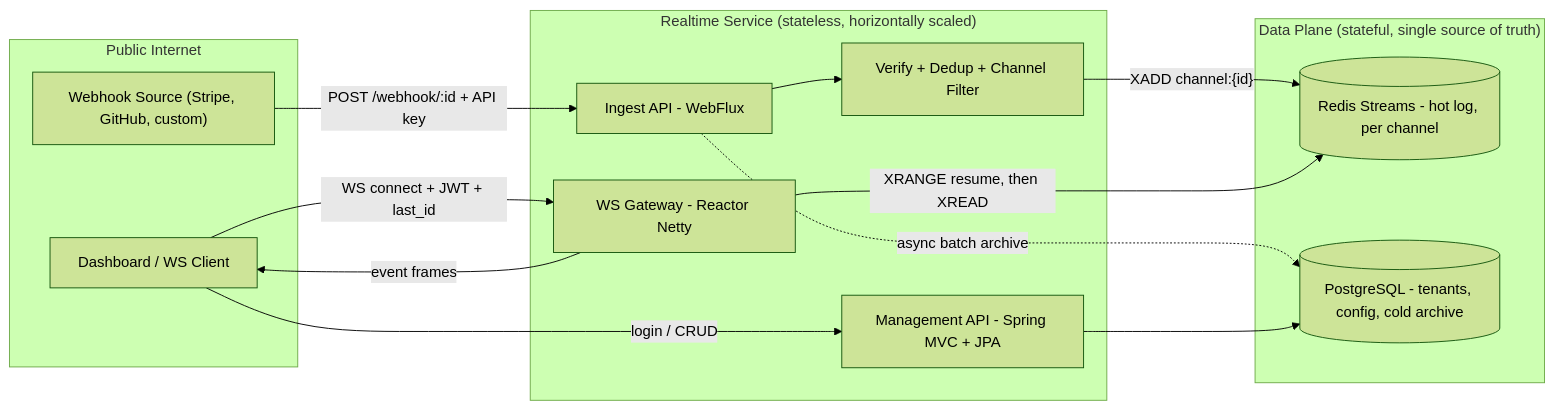
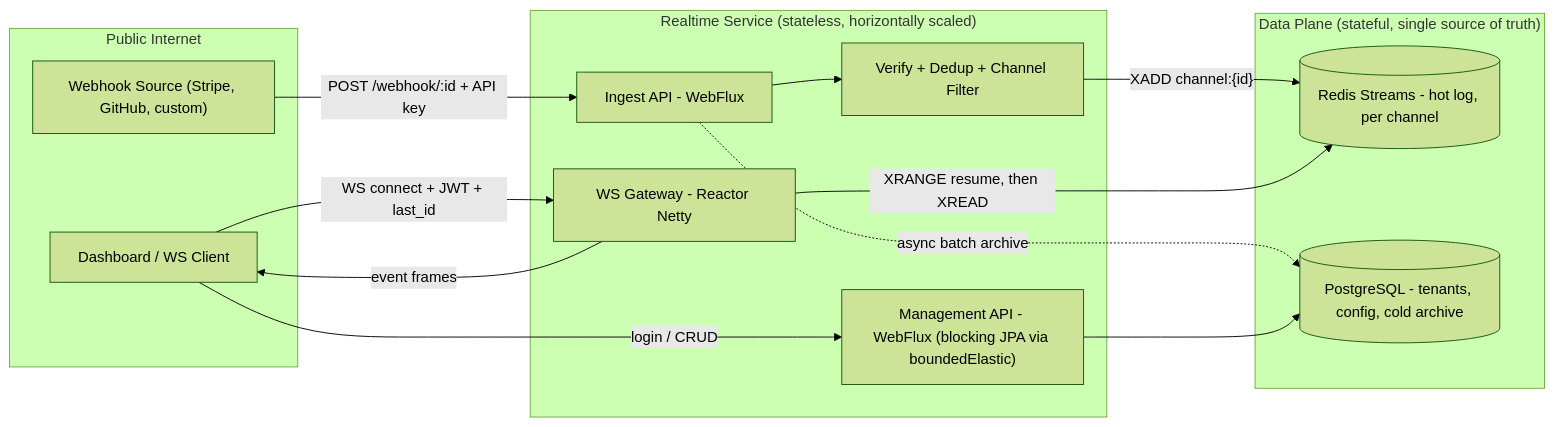
The first of 2 diagrams in realtime-architecture-spec.md (UNIXUECODER/RealTime), drawn with Mermaid (forest theme) before and after one commit. The commit also changed other lines of this file and 29 other files, not shown here.

````diff
--- a/realtime-architecture-spec.md
+++ b/realtime-architecture-spec.md
@@ -29,31 +29,31 @@
 ```mermaid
 flowchart LR
     subgraph internet["Public Internet"]
         WH["Webhook Source (Stripe, GitHub, custom)"]
         Browser["Dashboard / WS Client"]
     end
 
     subgraph svc["Realtime Service (stateless, horizontally scaled)"]
         Ingest["Ingest API - WebFlux"]
         Filter["Verify + Dedup + Channel Filter"]
         WSGate["WS Gateway - Reactor Netty"]
-        Mgmt["Management API - Spring MVC + JPA"]
+        Mgmt["Management API - WebFlux (blocking JPA via boundedElastic)"]
     end
 
     subgraph data["Data Plane (stateful, single source of truth)"]
         Streams[("Redis Streams - hot log, per channel")]
         PG[("PostgreSQL - tenants, config, cold archive")]
     end
 
     WH -->|"POST /webhook/:id + API key"| Ingest
     Ingest --> Filter
     Filter -->|"XADD channel:{id}"| Streams
     Ingest -.->|"async batch archive"| PG
 
     Browser -->|"WS connect + JWT + last_id"| WSGate
     WSGate -->|"XRANGE resume, then XREAD"| Streams
     WSGate -->|"event frames"| Browser
 
     Browser -->|"login / CRUD"| Mgmt
     Mgmt --> PG
 ```
````
